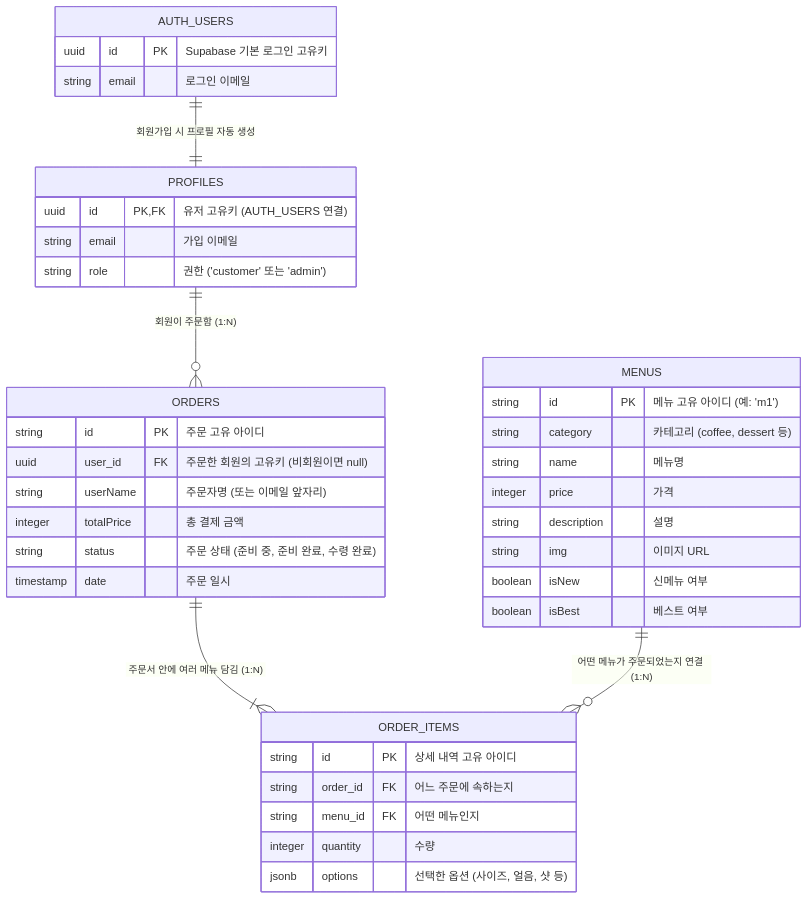
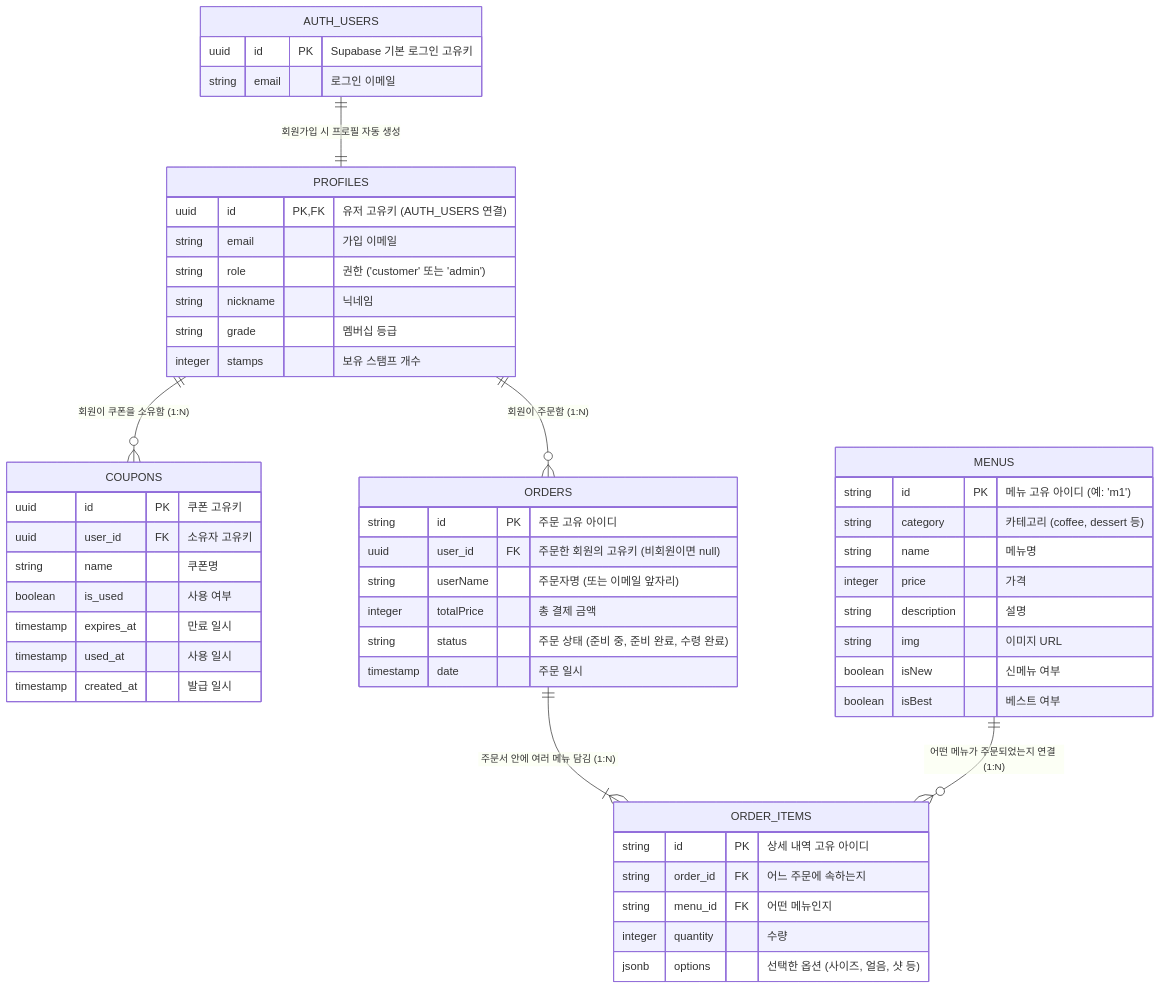
One commit to dongjun1580/Linux-practice1 changed the diagram in cafe-app/erd_diagram.md. Above: the diagram before and after it, drawn with Mermaid. The commit also changed other lines of this file and 6 other files, not shown here.

````diff
--- a/cafe-app/erd_diagram.md
+++ b/cafe-app/erd_diagram.md
@@ -5,47 +5,61 @@
 ```mermaid
 erDiagram
     AUTH_USERS {
         uuid id PK "Supabase 기본 로그인 고유키"
         string email "로그인 이메일"
     }
 
     PROFILES {
         uuid id PK, FK "유저 고유키 (AUTH_USERS 연결)"
         string email "가입 이메일"
         string role "권한 ('customer' 또는 'admin')"
+        string nickname "닉네임"
+        string grade "멤버십 등급"
+        integer stamps "보유 스탬프 개수"
+    }
+
+    COUPONS {
+        uuid id PK "쿠폰 고유키"
+        uuid user_id FK "소유자 고유키"
+        string name "쿠폰명"
+        boolean is_used "사용 여부"
+        timestamp expires_at "만료 일시"
+        timestamp used_at "사용 일시"
+        timestamp created_at "발급 일시"
     }
 
     MENUS {
         string id PK "메뉴 고유 아이디 (예: 'm1')"
         string category "카테고리 (coffee, dessert 등)"
         string name "메뉴명"
         integer price "가격"
         string description "설명"
         string img "이미지 URL"
         boolean isNew "신메뉴 여부"
         boolean isBest "베스트 여부"
     }
 
     ORDERS {
         string id PK "주문 고유 아이디"
         uuid user_id FK "주문한 회원의 고유키 (비회원이면 null)"
         string userName "주문자명 (또는 이메일 앞자리)"
         integer totalPrice "총 결제 금액"
         string status "주문 상태 (준비 중, 준비 완료, 수령 완료)"
         timestamp date "주문 일시"
     }
 
     ORDER_ITEMS {
         string id PK "상세 내역 고유 아이디"
         string order_id FK "어느 주문에 속하는지"
         string menu_id FK "어떤 메뉴인지"
         integer quantity "수량"
         jsonb options "선택한 옵션 (사이즈, 얼음, 샷 등)"
     }
 
     %% 관계선 정의
     AUTH_USERS ||--|| PROFILES : "회원가입 시 프로필 자동 생성"
     PROFILES ||--o{ ORDERS : "회원이 주문함 (1:N)"
+    PROFILES ||--o{ COUPONS : "회원이 쿠폰을 소유함 (1:N)"
     ORDERS ||--|{ ORDER_ITEMS : "주문서 안에 여러 메뉴 담김 (1:N)"
     MENUS ||--o{ ORDER_ITEMS : "어떤 메뉴가 주문되었는지 연결 (1:N)"
 ```
````
